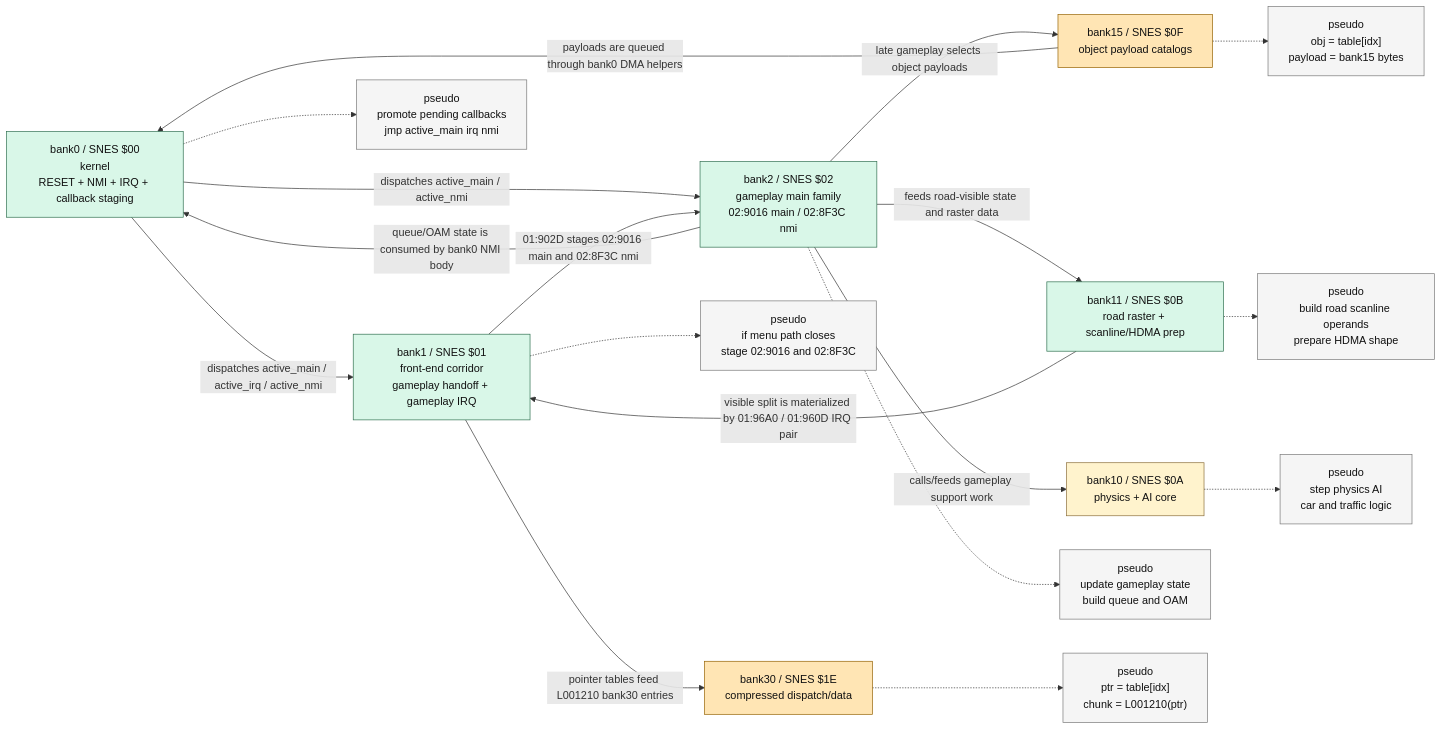
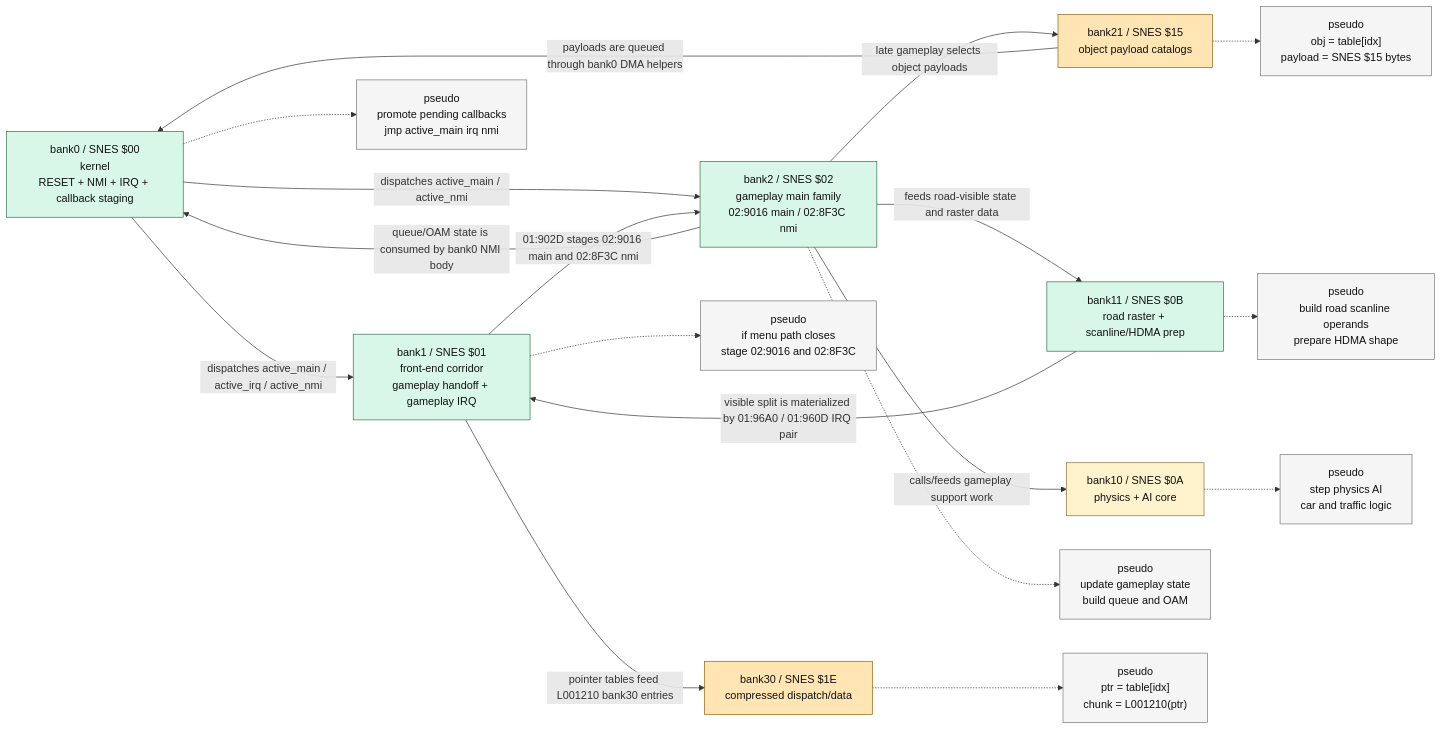
One commit to nivandosoares/asmdump changed the diagram in BANK_INVESTIGATION_DATAGRAM.md. Above: the diagram before and after it, drawn with Mermaid. The commit also changed other lines of this file and 14 other files, not shown here.

````diff
--- a/BANK_INVESTIGATION_DATAGRAM.md
+++ b/BANK_INVESTIGATION_DATAGRAM.md
@@ -9,47 +9,47 @@
 ```mermaid
 flowchart LR
     classDef validated fill:#d9f7e8,stroke:#2f6f4f,color:#111;
     classDef active fill:#fff3cd,stroke:#8a6d3b,color:#111;
     classDef mixed fill:#ffe5b4,stroke:#946200,color:#111;
     classDef note fill:#f5f5f5,stroke:#777,color:#111;
 
     B00["bank0 / SNES $00<br/>kernel<br/>RESET + NMI + IRQ + callback staging"]
     B01["bank1 / SNES $01<br/>front-end corridor<br/>gameplay handoff + gameplay IRQ"]
     B02["bank2 / SNES $02<br/>gameplay main family<br/>02:9016 main / 02:8F3C nmi"]
     B0A["bank10 / SNES $0A<br/>physics + AI core"]
     B0B["bank11 / SNES $0B<br/>road raster + scanline/HDMA prep"]
-    B0F["bank15 / SNES $0F<br/>object payload catalogs"]
+    B15["bank21 / SNES $15<br/>object payload catalogs"]
     B1E["bank30 / SNES $1E<br/>compressed dispatch/data"]
 
     B00 -->|"dispatches active_main / active_irq / active_nmi"| B01
     B00 -->|"dispatches active_main / active_nmi"| B02
     B01 -->|"01:902D stages 02:9016 main and 02:8F3C nmi"| B02
     B02 -->|"calls/feeds gameplay support work"| B0A
     B02 -->|"feeds road-visible state and raster data"| B0B
     B0B -->|"visible split is materialized by 01:96A0 / 01:960D IRQ pair"| B01
     B01 -->|"pointer tables feed L001210 bank30 entries"| B1E
-    B02 -->|"late gameplay selects object payloads"| B0F
-    B0F -->|"payloads are queued through bank0 DMA helpers"| B00
+    B02 -->|"late gameplay selects object payloads"| B15
+    B15 -->|"payloads are queued through bank0 DMA helpers"| B00
     B02 -->|"queue/OAM state is consumed by bank0 NMI body"| B00
 
     P00["pseudo<br/>promote pending callbacks<br/>jmp active_main irq nmi"]:::note
     P01["pseudo<br/>if menu path closes<br/>stage 02:9016 and 02:8F3C"]:::note
     P02["pseudo<br/>update gameplay state<br/>build queue and OAM"]:::note
     P03["pseudo<br/>step physics AI<br/>car and traffic logic"]:::note
     P04["pseudo<br/>build road scanline operands<br/>prepare HDMA shape"]:::note
-    P05["pseudo<br/>obj = table[idx]<br/>payload = bank15 bytes"]:::note
+    P05["pseudo<br/>obj = table[idx]<br/>payload = SNES $15 bytes"]:::note
     P06["pseudo<br/>ptr = table[idx]<br/>chunk = L001210(ptr)"]:::note
 
     B00 -.-> P00
     B01 -.-> P01
     B02 -.-> P02
     B0A -.-> P03
     B0B -.-> P04
-    B0F -.-> P05
+    B15 -.-> P05
     B1E -.-> P06
 
     class B00,B01,B02 validated;
     class B0A active;
     class B0B validated;
-    class B0F,B1E mixed;
+    class B15,B1E mixed;
 ```
````
